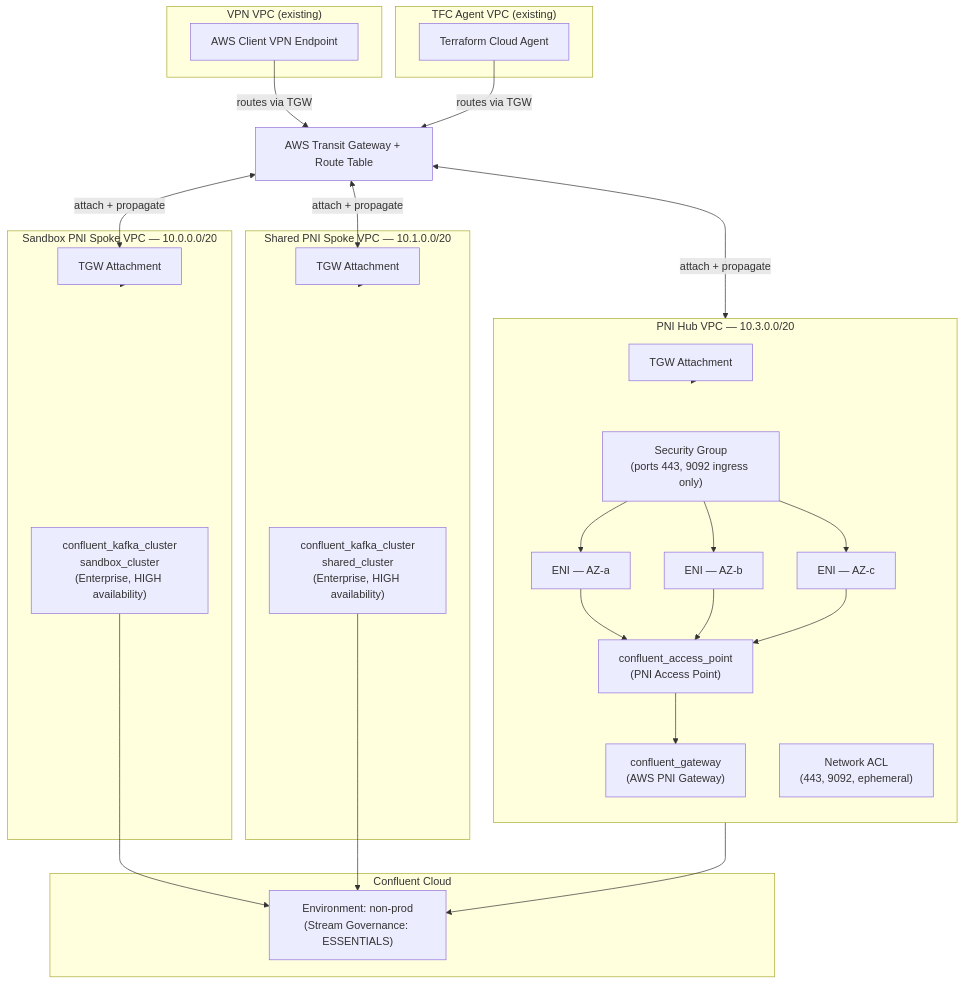
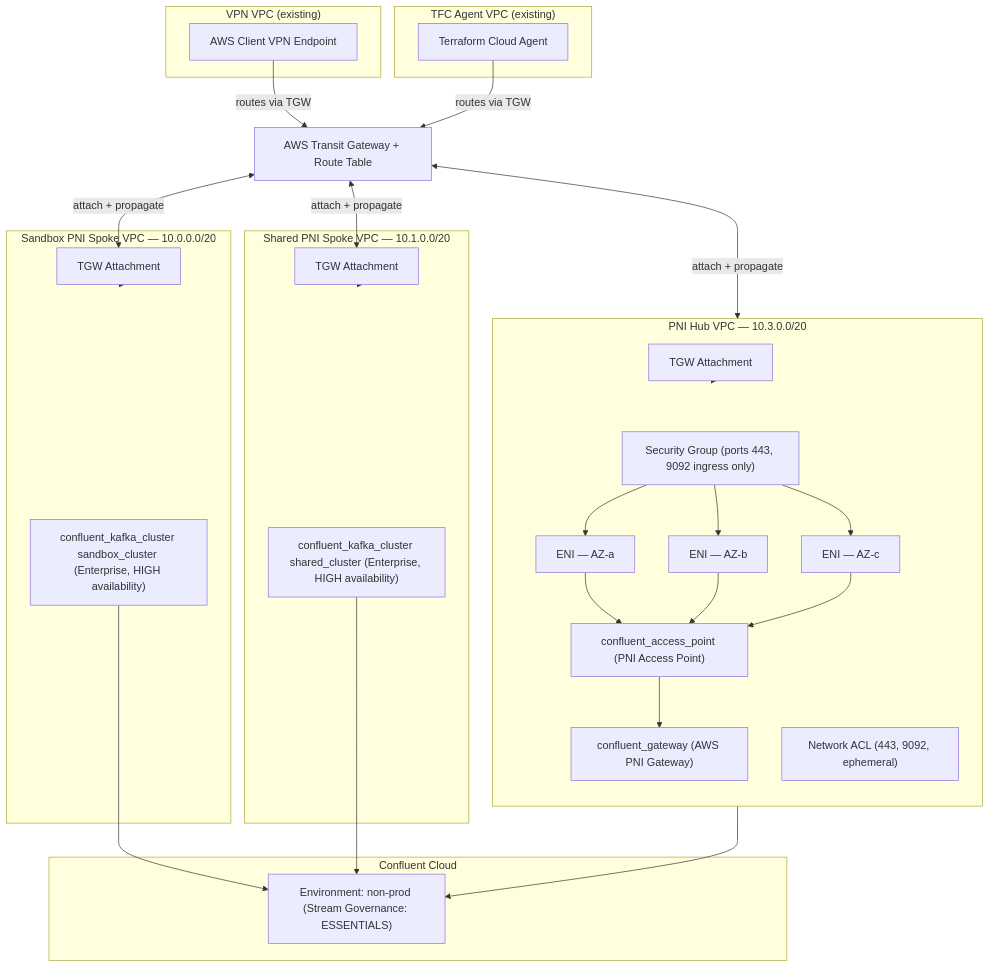
The first of 3 diagrams in README.md (j3-signalroom/iac-cc-aws_pni-infrastructure_networking-example), drawn with Mermaid before and after one commit. The commit also changed 1 other file, not shown here.

Commit message:
Resolved #50.

````diff
--- a/README.md
+++ b/README.md
@@ -52,53 +52,53 @@
 ```mermaid
 flowchart TD
     subgraph VPN["VPN VPC (existing)"]
         CVE["AWS Client VPN Endpoint"]
     end
 
     subgraph TFC_AGENT["TFC Agent VPC (existing)"]
         AGENT["Terraform Cloud Agent"]
     end
 
     TGW["AWS Transit Gateway + Route Table"]
 
     subgraph PNI_HUB["PNI Hub VPC — 10.3.0.0/20"]
         direction TB
-        SG["Security Group\n(ports 443, 9092 ingress only)"]
-        NACL["Network ACL\n(443, 9092, ephemeral)"]
+        SG["Security Group (ports 443, 9092 ingress only)"]
+        NACL["Network ACL (443, 9092, ephemeral)"]
         ENI1["ENI — AZ-a"]
         ENI2["ENI — AZ-b"]
         ENI3["ENI — AZ-c"]
         TGW_ATT_HUB["TGW Attachment"]
-        GW["confluent_gateway\n(AWS PNI Gateway)"]
-        AP["confluent_access_point\n(PNI Access Point)"]
+        GW["confluent_gateway (AWS PNI Gateway)"]
+        AP["confluent_access_point (PNI Access Point)"]
         SG --> ENI1 & ENI2 & ENI3
         ENI1 & ENI2 & ENI3 --> AP
         AP --> GW
     end
 
     subgraph SANDBOX_SPOKE["Sandbox PNI Spoke VPC — 10.0.0.0/20"]
         TGW_ATT_SB["TGW Attachment"]
-        SK_CLUSTER["confluent_kafka_cluster\nsandbox_cluster\n(Enterprise, HIGH availability)"]
+        SK_CLUSTER["confluent_kafka_cluster sandbox_cluster (Enterprise, HIGH availability)"]
     end
 
     subgraph SHARED_SPOKE["Shared PNI Spoke VPC — 10.1.0.0/20"]
         TGW_ATT_SH["TGW Attachment"]
-        SH_CLUSTER["confluent_kafka_cluster\nshared_cluster\n(Enterprise, HIGH availability)"]
+        SH_CLUSTER["confluent_kafka_cluster shared_cluster (Enterprise, HIGH availability)"]
     end
 
     subgraph CONFLUENT_CLOUD["Confluent Cloud"]
-        ENV["Environment: non-prod\n(Stream Governance: ESSENTIALS)"]
+        ENV["Environment: non-prod (Stream Governance: ESSENTIALS)"]
         GW --> ENV
         SK_CLUSTER --> ENV
         SH_CLUSTER --> ENV
     end
 
     CVE -->|"routes via TGW"| TGW
     AGENT -->|"routes via TGW"| TGW
     TGW <-->|"attach + propagate"| TGW_ATT_HUB
     TGW <-->|"attach + propagate"| TGW_ATT_SB
     TGW <-->|"attach + propagate"| TGW_ATT_SH
     TGW_ATT_HUB --> PNI_HUB
     TGW_ATT_SB --> SANDBOX_SPOKE
     TGW_ATT_SH --> SHARED_SPOKE
 ```
````
